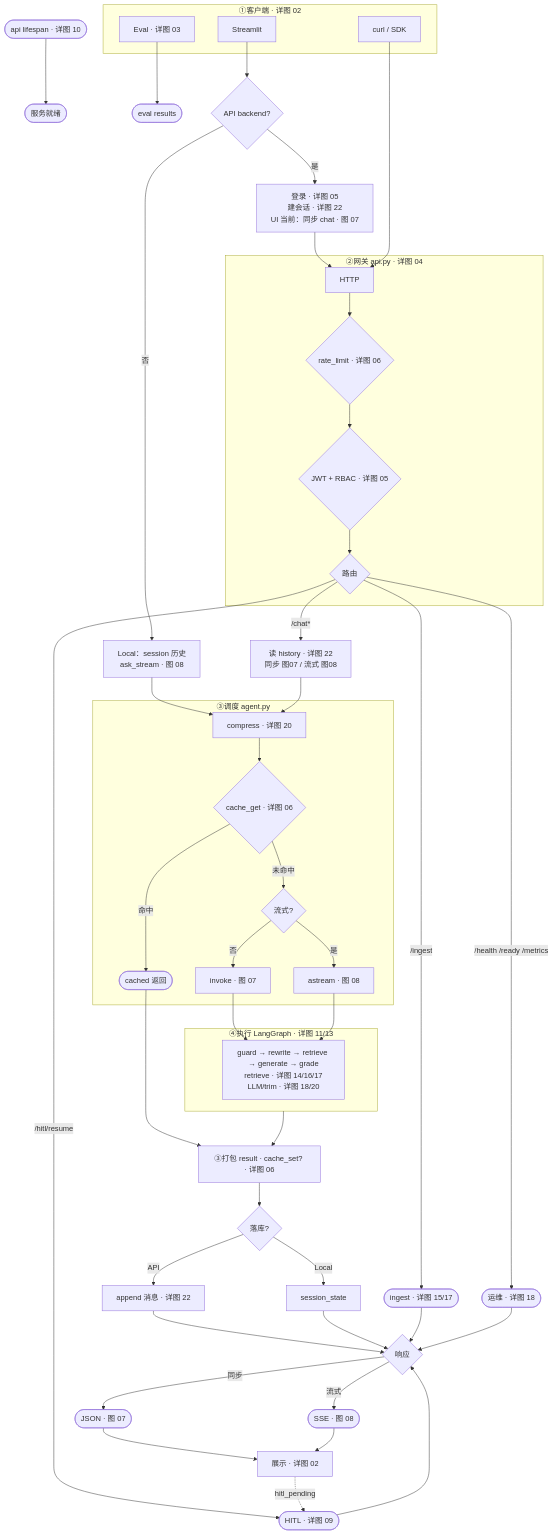
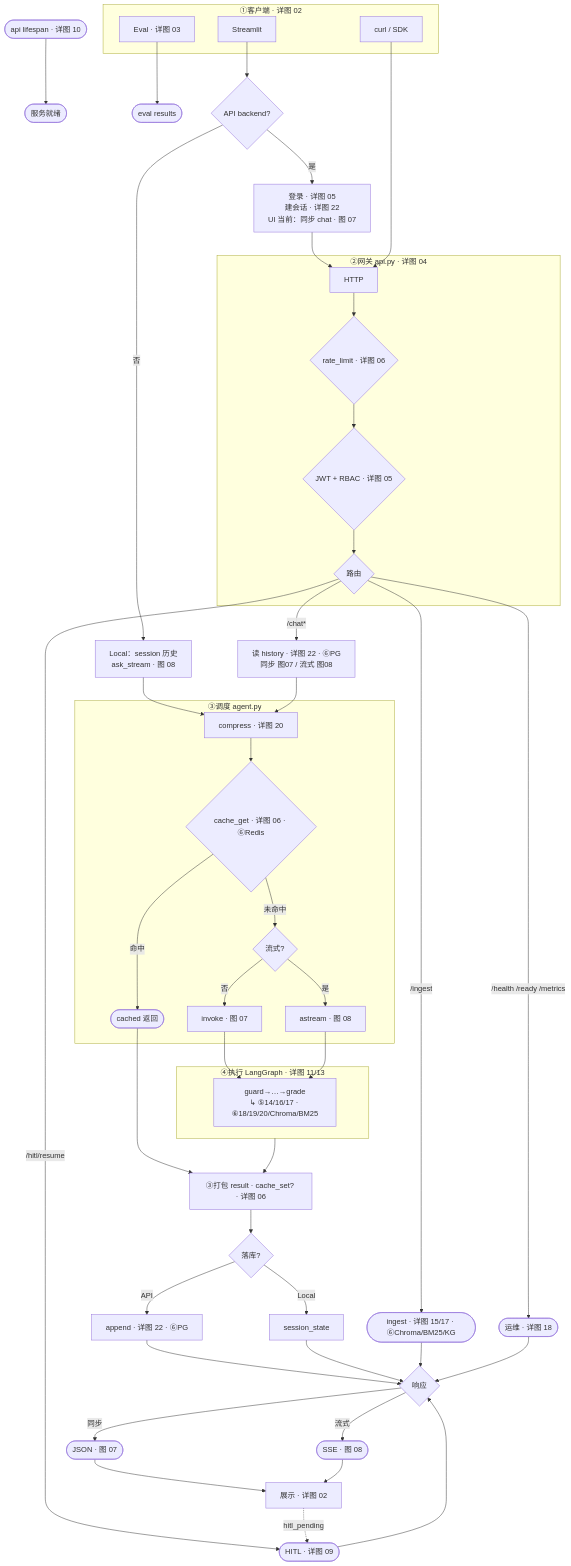
Before and after one commit to charlie-chann/ai-agent-langgraph-main: the diagram in project_00_rag_agent/docs/diagrams/source/00_project_end_to_end.mmd, drawn with Mermaid. The commit also changed 19 other files, not shown here.

Commit message:
docs(project_00): 完善 Streamlit UI 与启动流程源图

```diff
--- a/project_00_rag_agent/docs/diagrams/source/00_project_end_to_end.mmd
+++ b/project_00_rag_agent/docs/diagrams/source/00_project_end_to_end.mmd
@@ -1,67 +1,67 @@
 flowchart TD
     BOOT([api lifespan · 详图 10]) --> READY([服务就绪])
 
     subgraph L1["①客户端 · 详图 02"]
         ST[Streamlit]
         CLI[curl / SDK]
         EVAL[Eval · 详图 03]
     end
 
     EVAL --> EVAL_DONE([eval results])
 
     ST --> MODE{API backend?}
     MODE -->|是| L1_API["登录 · 详图 05<br/>建会话 · 详图 22<br/>UI 当前：同步 chat · 图 07"]
     MODE -->|否| L1_LOC["Local：session 历史<br/>ask_stream · 图 08"]
     L1_API --> GW
     L1_LOC --> SCH0
     CLI --> GW
 
     subgraph L2["②网关 api.py · 详图 04"]
         GW[HTTP] --> RL{rate_limit · 详图 06}
         RL --> JWT{JWT + RBAC · 详图 05}
         JWT --> ROUTE{路由}
     end
 
-    ROUTE -->|/ingest| ING([ingest · 详图 15/17])
+    ROUTE -->|/ingest| ING([ingest · 详图 15/17 · ⑥Chroma/BM25/KG])
     ROUTE -->|/chat*| CHAT
     ROUTE -->|/hitl/resume| HITL_BOX([HITL · 详图 09])
     ROUTE -->|/health /ready /metrics| OPS([运维 · 详图 18])
 
-    CHAT["读 history · 详图 22<br/>同步 图07 / 流式 图08"] --> SCH0
+    CHAT["读 history · 详图 22 · ⑥PG<br/>同步 图07 / 流式 图08"] --> SCH0
 
     subgraph SCH["③调度 agent.py"]
-        SCH0[compress · 详图 20] --> CACHE{cache_get · 详图 06}
+        SCH0[compress · 详图 20] --> CACHE{"cache_get · 详图 06 · ⑥Redis"}
         CACHE -->|命中| CACHED([cached 返回])
         CACHE -->|未命中| DRV{流式?}
         DRV -->|否| INV[invoke · 图 07]
         DRV -->|是| AST[astream · 图 08]
     end
 
     INV --> EXEC_NODE
     AST --> EXEC_NODE
 
     subgraph EXEC["④执行 LangGraph · 详图 11/13"]
-        EXEC_NODE["guard → rewrite → retrieve → generate → grade<br/>retrieve · 详图 14/16/17<br/>LLM/trim · 详图 18/20"]
+        EXEC_NODE["guard→…→grade<br/>↳ ⑤14/16/17 · ⑥18/19/20/Chroma/BM25"]
     end
 
     EXEC --> PACK["③打包 result · cache_set? · 详图 06"]
     CACHED --> PACK
 
     PACK --> SAVE{落库?}
-    SAVE -->|API| DB["append 消息 · 详图 22"]
+    SAVE -->|API| DB["append · 详图 22 · ⑥PG"]
     SAVE -->|Local| SESS[session_state]
     DB --> OUT
     SESS --> OUT
     ING --> OUT
     OPS --> OUT
     HITL_BOX --> OUT
 
     OUT{响应}
     OUT -->|同步| JSON([JSON · 图 07])
     OUT -->|流式| SSE([SSE · 图 08])
     JSON --> UI[展示 · 详图 02]
     SSE --> UI
 
     UI -.->|hitl_pending| HITL_BOX
 
     %% 图00 总览：细节见分图；不展开节点内部
```
